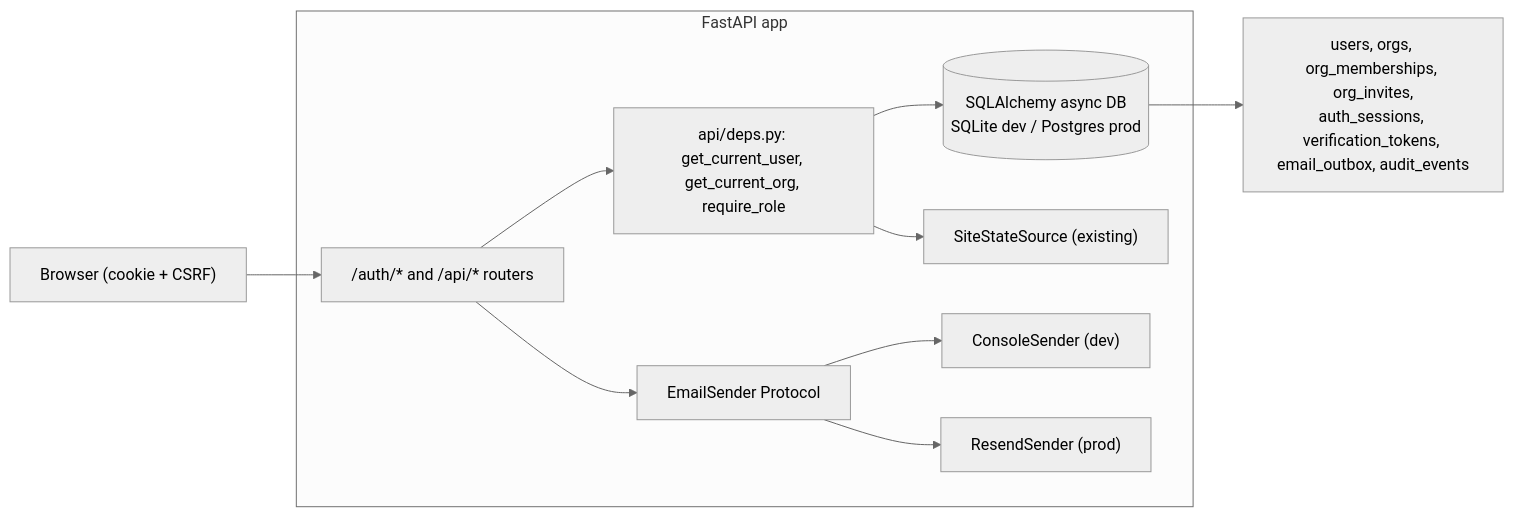
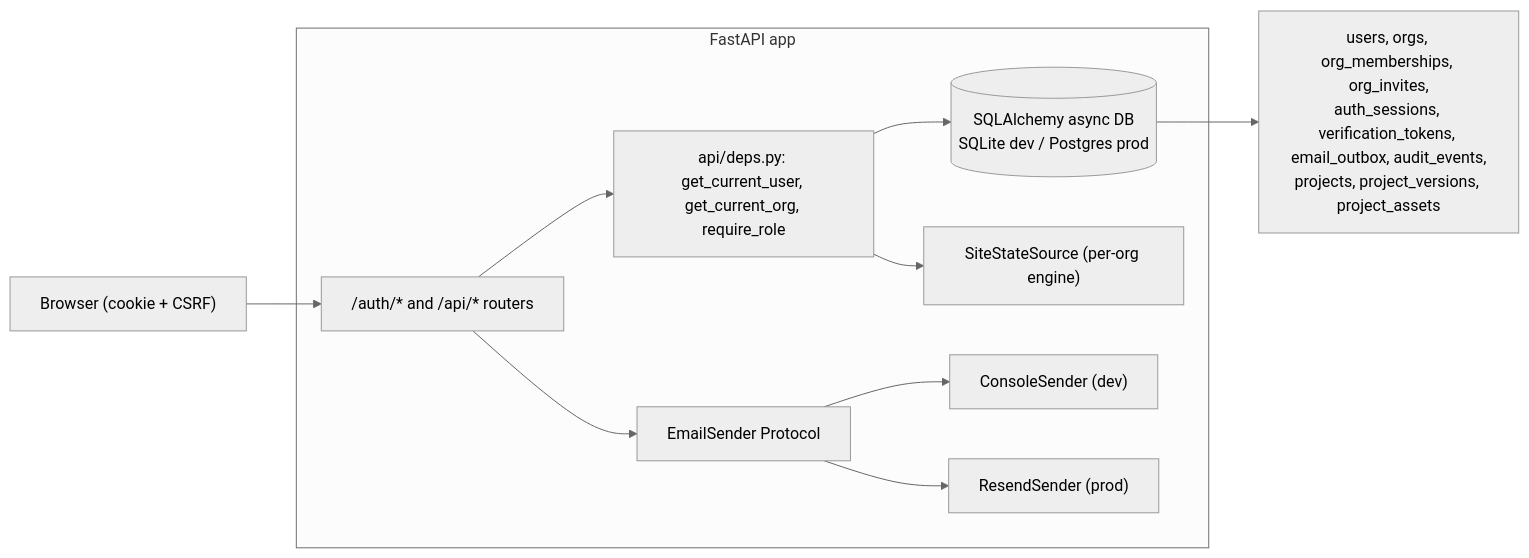
Before and after one commit to deepweather/siteiq: the diagram in claude.md, drawn with Mermaid (neutral theme). The commit also changed other lines of this file and 2 other files, not shown here.

````diff
--- a/claude.md
+++ b/claude.md
@@ -121,14 +153,14 @@
 ```mermaid
 flowchart LR
     Browser["Browser (cookie + CSRF)"] --> Routes
     subgraph backend [FastAPI app]
         Routes["/auth/* and /api/* routers"]
         Routes --> Deps["api/deps.py: get_current_user, get_current_org, require_role"]
         Deps --> DB[("SQLAlchemy async DB<br/>SQLite dev / Postgres prod")]
-        Deps --> Source["SiteStateSource (existing)"]
+        Deps --> Source["SiteStateSource (per-org engine)"]
         Routes --> Email["EmailSender Protocol"]
         Email --> Console["ConsoleSender (dev)"]
         Email --> Resend["ResendSender (prod)"]
     end
-    DB --> Tables["users, orgs, org_memberships, org_invites,<br/>auth_sessions, verification_tokens, email_outbox, audit_events"]
+    DB --> Tables["users, orgs, org_memberships, org_invites,<br/>auth_sessions, verification_tokens, email_outbox, audit_events,<br/>projects, project_versions, project_assets"]
 ```
````
